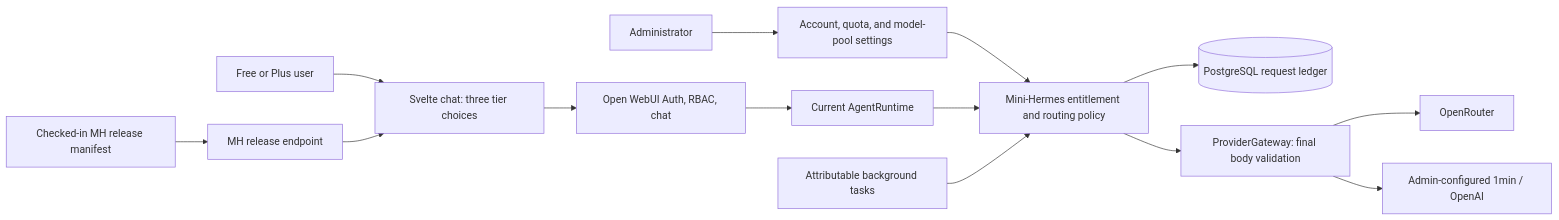
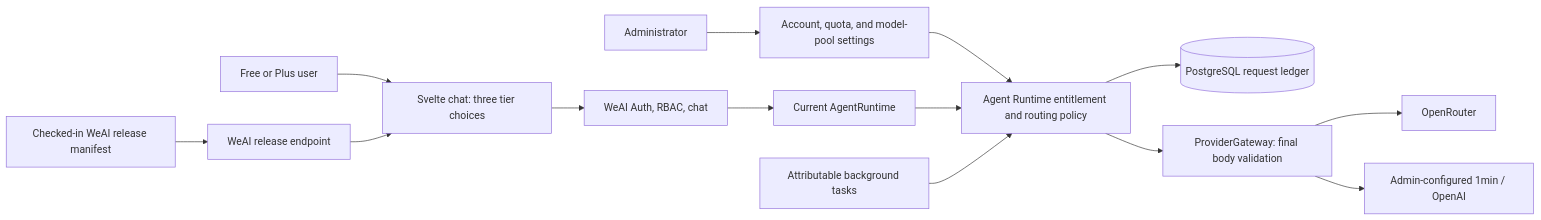
One commit to nqd2/mini-hermes changed the diagram in docs/superpowers/specs/2026-11-18-tiered-model-routing-release-notes-design.md. Above: the diagram before and after it, drawn with Mermaid. The commit also changed other lines of this file and 5399 other files, not shown here.

Commit message:
Refactor product naming to WeAI and Agent Runtime

````diff
--- a/docs/superpowers/specs/2026-11-18-tiered-model-routing-release-notes-design.md
+++ b/docs/superpowers/specs/2026-11-18-tiered-model-routing-release-notes-design.md
@@ -15,16 +15,16 @@
 ```mermaid
 flowchart LR
     U[Free or Plus user] --> UI[Svelte chat: three tier choices]
     A[Administrator] --> ADMIN[Account, quota, and model-pool settings]
-    UI --> OW[Open WebUI Auth, RBAC, chat]
-    ADMIN --> POLICY[Mini-Hermes entitlement and routing policy]
+    UI --> OW[WeAI Auth, RBAC, chat]
+    ADMIN --> POLICY[Agent Runtime entitlement and routing policy]
     OW --> AR[Current AgentRuntime]
     AR --> POLICY
     BG[Attributable background tasks] --> POLICY
     POLICY --> LEDGER[(PostgreSQL request ledger)]
     POLICY --> GW[ProviderGateway: final body validation]
     GW --> OR[OpenRouter]
     GW --> OTHER[Admin-configured 1min / OpenAI]
-    REL[Checked-in MH release manifest] --> API[MH release endpoint]
+    REL[Checked-in WeAI release manifest] --> API[WeAI release endpoint]
     API --> UI
 ```
````
